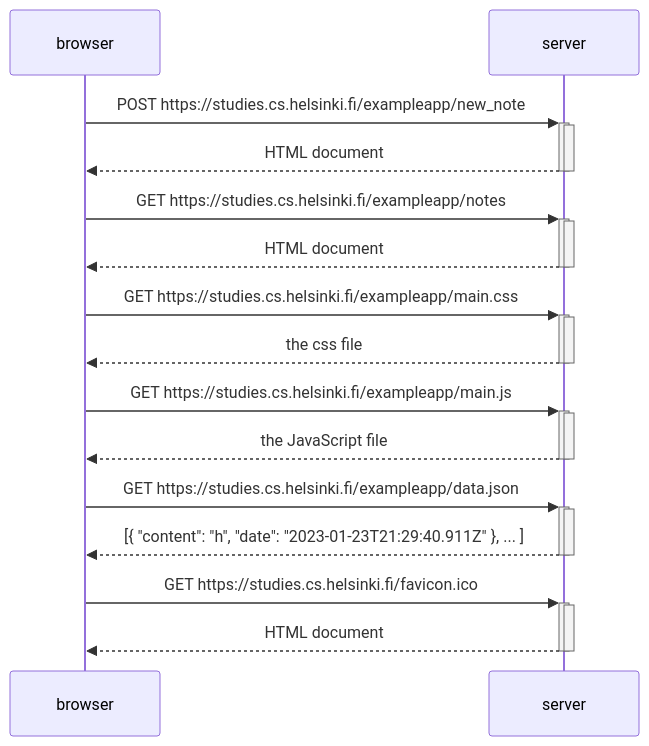
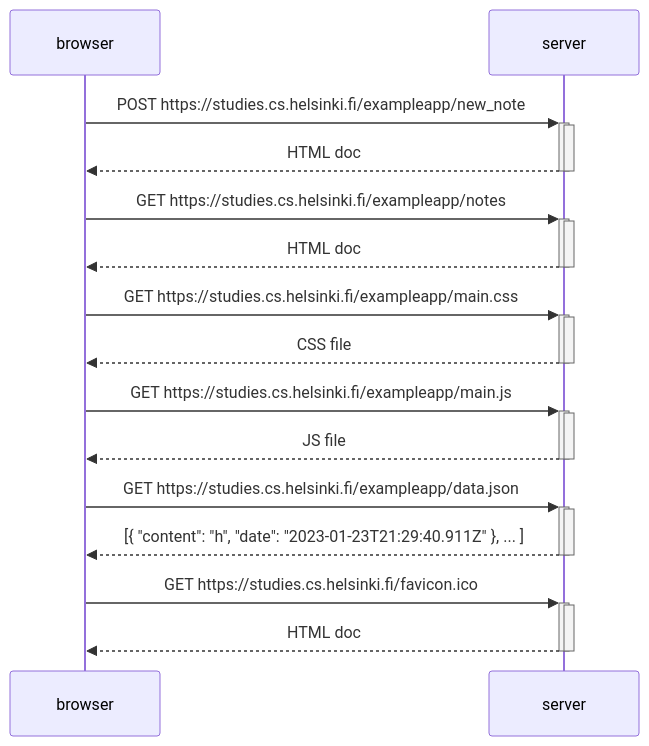
The diagram in exercise-0.4.md (strasmus1/fullstack-open-part0), drawn with Mermaid before and after one commit.

````diff
--- a/exercise-0.4.md
+++ b/exercise-0.4.md
@@ -1,33 +1,33 @@
 ```mermaid
 sequenceDiagram
   
     browser->>+server: POST https://studies.cs.helsinki.fi/exampleapp/new_note
     activate server
-    server-->>-browser: HTML document
+    server-->>-browser: HTML doc
     deactivate server
     
     browser->>+server: GET https://studies.cs.helsinki.fi/exampleapp/notes
     activate server
-    server-->>-browser: HTML document
+    server-->>-browser: HTML doc
     deactivate server
     
     browser->>+server: GET https://studies.cs.helsinki.fi/exampleapp/main.css
     activate server
-    server-->>-browser: the css file
+    server-->>-browser: CSS file
     deactivate server
     
     browser->>+server: GET https://studies.cs.helsinki.fi/exampleapp/main.js
     activate server
-    server-->>-browser: the JavaScript file
+    server-->>-browser: JS file
     deactivate server
     
     browser->>+server: GET https://studies.cs.helsinki.fi/exampleapp/data.json
     activate server
     server-->>-browser: [{ "content": "h", "date": "2023-01-23T21:29:40.911Z" }, ... ]
     deactivate server
     
     browser->>+server: GET https://studies.cs.helsinki.fi/favicon.ico
     activate server
-    server-->>-browser: HTML document
+    server-->>-browser: HTML doc
     deactivate server
  ```
````
